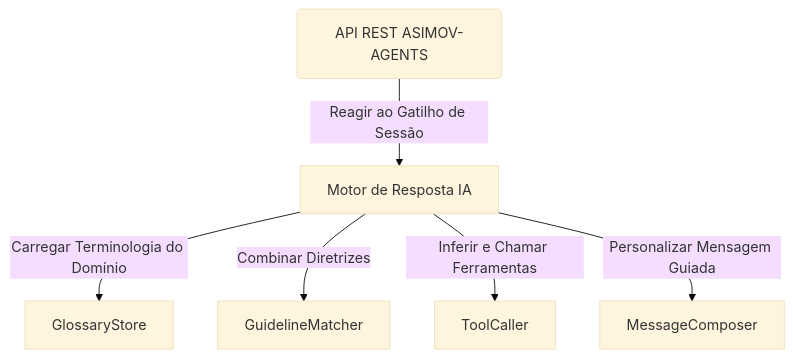
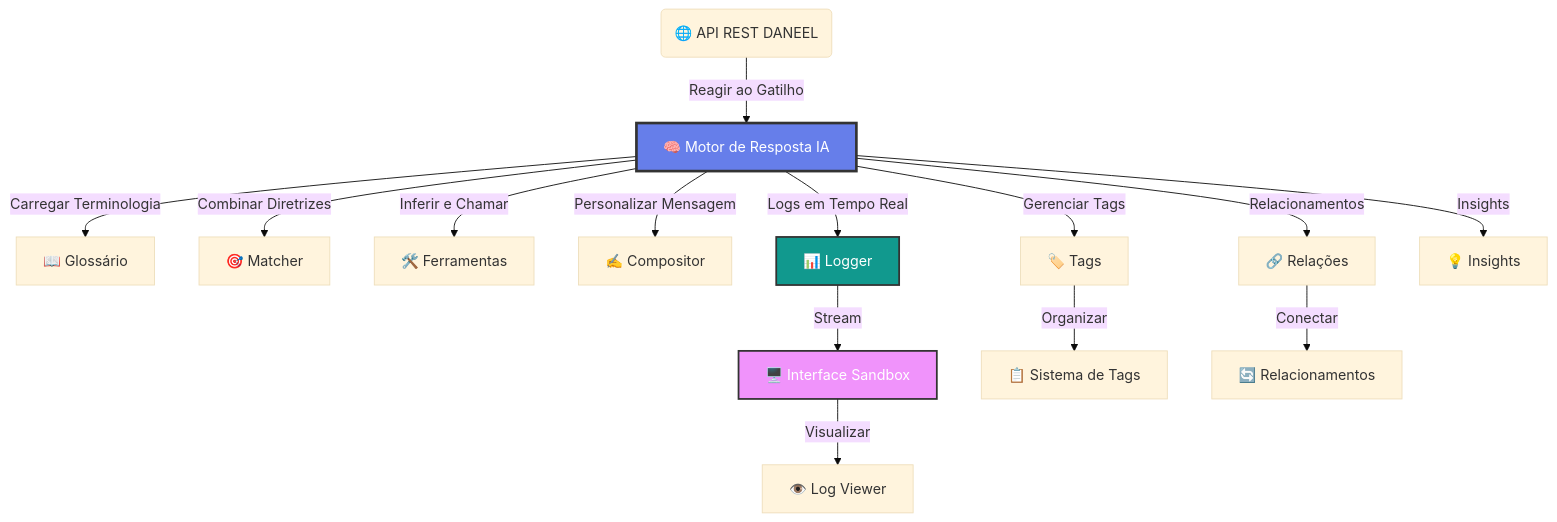
One commit to dougdotcon/Daneel changed the diagram in README.md. Above: the diagram before and after it, drawn with Mermaid (base theme). The commit also changed other lines of this file, not shown here.

````diff
--- a/README.md
+++ b/README.md
@@ -60,8 +214,21 @@
 ```mermaid
 graph TD
-    API(API REST ASIMOV-AGENTS) -->|Reagir ao Gatilho de Sessão| Engine[Motor de Resposta IA]
-    Engine -->|Carregar Terminologia do Domínio| GlossaryStore
-    Engine -->|Combinar Diretrizes| GuidelineMatcher
-    Engine -->|Inferir e Chamar Ferramentas| ToolCaller
-    Engine -->|Personalizar Mensagem Guiada| MessageComposer
+    API(🌐 API REST DANEEL) -->|Reagir ao Gatilho| Engine[🧠 Motor de Resposta IA]
+    Engine -->|Carregar Terminologia| GlossaryStore[📖 Glossário]
+    Engine -->|Combinar Diretrizes| GuidelineMatcher[🎯 Matcher]
+    Engine -->|Inferir e Chamar| ToolCaller[🛠️ Ferramentas]
+    Engine -->|Personalizar Mensagem| MessageComposer[✍️ Compositor]
+    Engine -->|Logs em Tempo Real| WebSocketLogger[📊 Logger]
+    Engine -->|Gerenciar Tags| TagStore[🏷️ Tags]
+    Engine -->|Relacionamentos| RelationshipStore[🔗 Relações]
+    Engine -->|Insights| ToolInsights[💡 Insights]
+
+    WebSocketLogger -->|Stream| SandboxUI[🖥️ Interface Sandbox]
+    SandboxUI -->|Visualizar| LogViewer[👁️ Log Viewer]
+    TagStore -->|Organizar| Tags[📋 Sistema de Tags]
+    RelationshipStore -->|Conectar| Relationships[🔄 Relacionamentos]
+
+    style Engine fill:#667eea,stroke:#333,stroke-width:3px,color:#fff
+    style WebSocketLogger fill:#11998e,stroke:#333,stroke-width:2px,color:#fff
+    style SandboxUI fill:#f093fb,stroke:#333,stroke-width:2px,color:#fff
 ```
````
